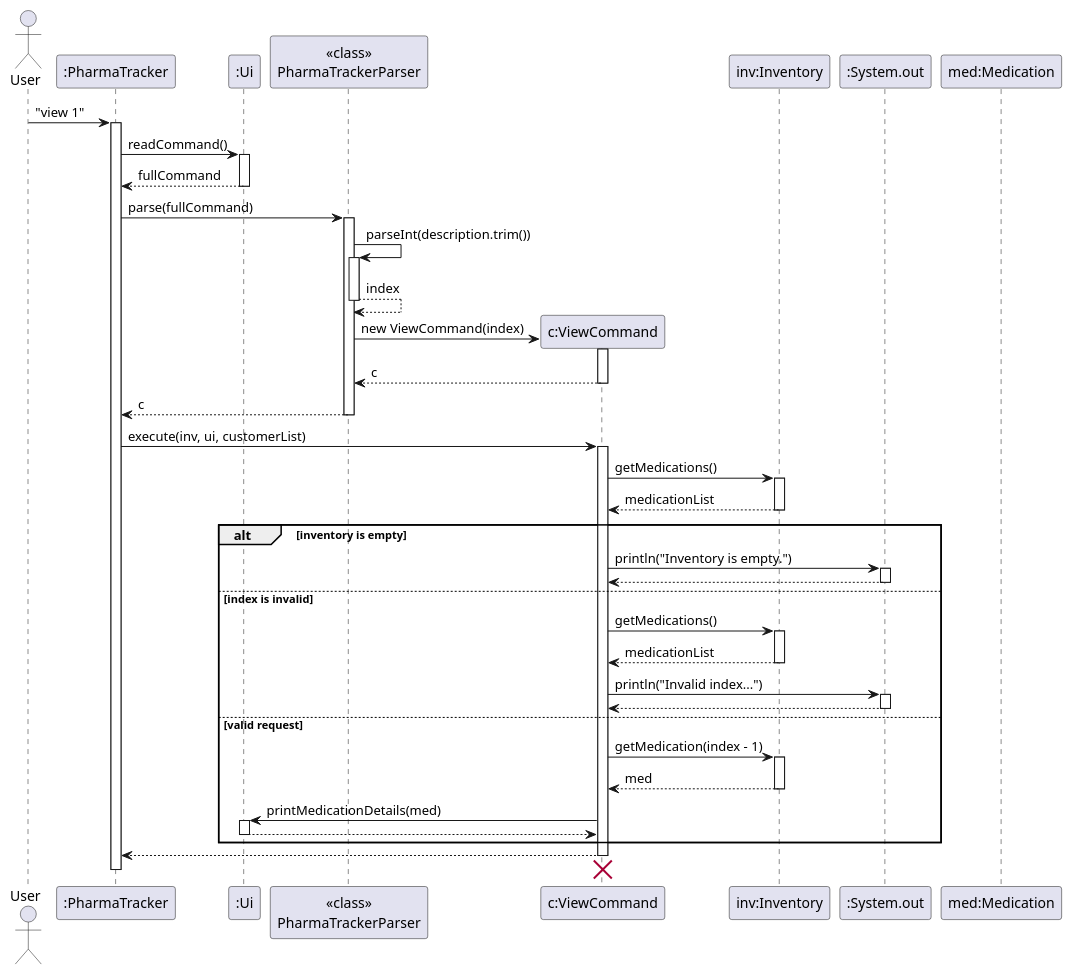
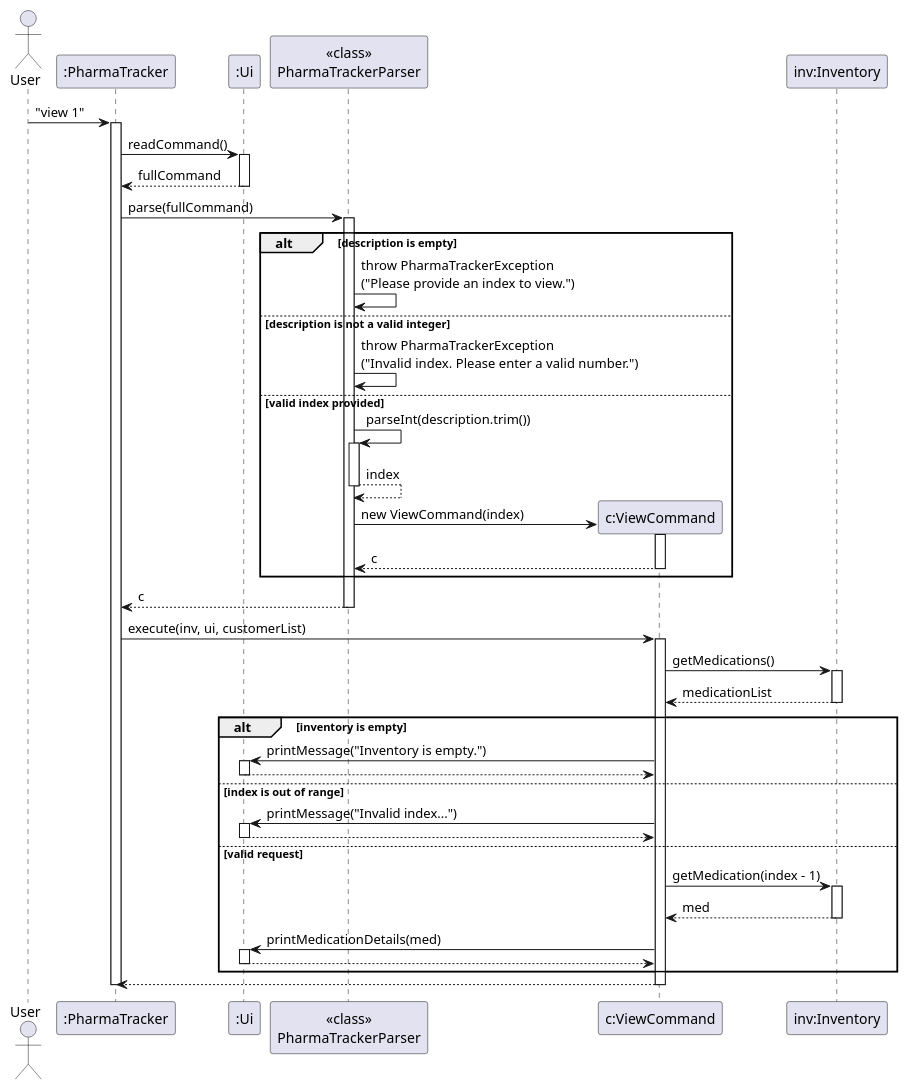
The diagram in docs/diagrams/ViewCommandSequence.puml (AY2526S2-CS2113-T10-3/tp), drawn with PlantUML before and after one commit. The commit also changed 4 other files, not shown here.

Commit message:
Update PPP and sequence diagrams for FindCommand and ViewCommand

```diff
--- a/docs/diagrams/ViewCommandSequence.puml
+++ b/docs/diagrams/ViewCommandSequence.puml
@@ -1,79 +1,76 @@
 @startuml
 skinparam ArrowFontStyle plain
 
 actor User
 participant ":PharmaTracker" as PharmaTracker
 participant ":Ui" as Ui
 participant "<<class>>\nPharmaTrackerParser" as Parser
 participant "c:ViewCommand" as ViewCommand
 participant "inv:Inventory" as Inventory
-participant ":System.out" as Console
-participant "med:Medication" as Medication
 
 User -> PharmaTracker : "view 1"
 activate PharmaTracker
 
 PharmaTracker -> Ui : readCommand()
 activate Ui
 Ui --> PharmaTracker : fullCommand
 deactivate Ui
 
 PharmaTracker -> Parser : parse(fullCommand)
 activate Parser
 
-Parser -> Parser : parseInt(description.trim())
-activate Parser
-Parser --> Parser : index
-deactivate Parser
+alt description is empty
+    Parser -> Parser : throw PharmaTrackerException\n("Please provide an index to view.")
+else description is not a valid integer
+    Parser -> Parser : throw PharmaTrackerException\n("Invalid index. Please enter a valid number.")
+else valid index provided
+    Parser -> Parser : parseInt(description.trim())
+    activate Parser
+    Parser --> Parser : index
+    deactivate Parser
 
-create ViewCommand
-Parser -> ViewCommand : new ViewCommand(index)
-activate ViewCommand
-ViewCommand --> Parser : c
-deactivate ViewCommand
+    create ViewCommand
+    Parser -> ViewCommand : new ViewCommand(index)
+    activate ViewCommand
+    ViewCommand --> Parser : c
+    deactivate ViewCommand
+end
 
 Parser --> PharmaTracker : c
 deactivate Parser
 
 PharmaTracker -> ViewCommand : execute(inv, ui, customerList)
 activate ViewCommand
 
 ViewCommand -> Inventory : getMedications()
 activate Inventory
 Inventory --> ViewCommand : medicationList
 deactivate Inventory
 
 alt inventory is empty
-    ViewCommand -> Console : println("Inventory is empty.")
-    activate Console
-    Console --> ViewCommand
-    deactivate Console
-else index is invalid
-    ViewCommand -> Inventory : getMedications()
-    activate Inventory
-    Inventory --> ViewCommand : medicationList
-    deactivate Inventory
-
-    ViewCommand -> Console : println("Invalid index...")
-    activate Console
-    Console --> ViewCommand
-    deactivate Console
+    ViewCommand -> Ui : printMessage("Inventory is empty.")
+    activate Ui
+    Ui --> ViewCommand
+    deactivate Ui
+else index is out of range
+    ViewCommand -> Ui : printMessage("Invalid index...")
+    activate Ui
+    Ui --> ViewCommand
+    deactivate Ui
 else valid request
     ViewCommand -> Inventory : getMedication(index - 1)
     activate Inventory
     Inventory --> ViewCommand : med
     deactivate Inventory
 
     ViewCommand -> Ui : printMedicationDetails(med)
     activate Ui
     Ui --> ViewCommand
     deactivate Ui
 end
 
 ViewCommand --> PharmaTracker
 deactivate ViewCommand
-ViewCommand -[hidden]-> Parser
-destroy ViewCommand
 
 deactivate PharmaTracker
 @enduml
```
